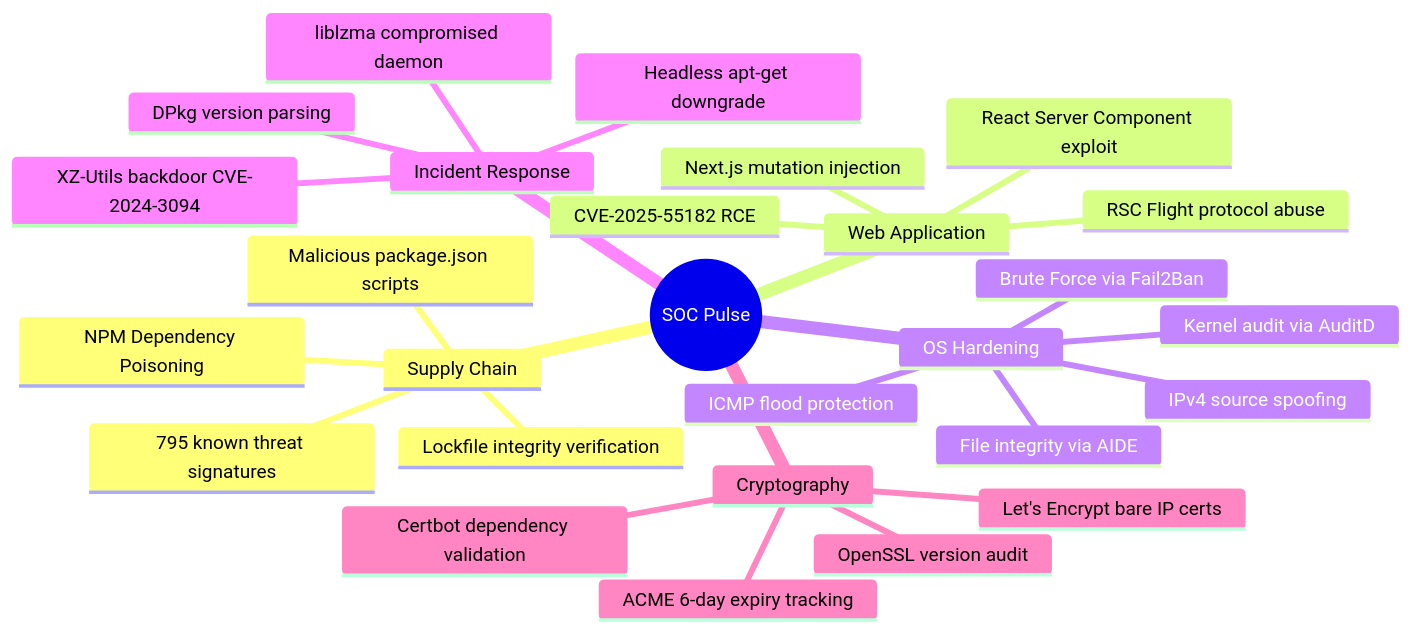
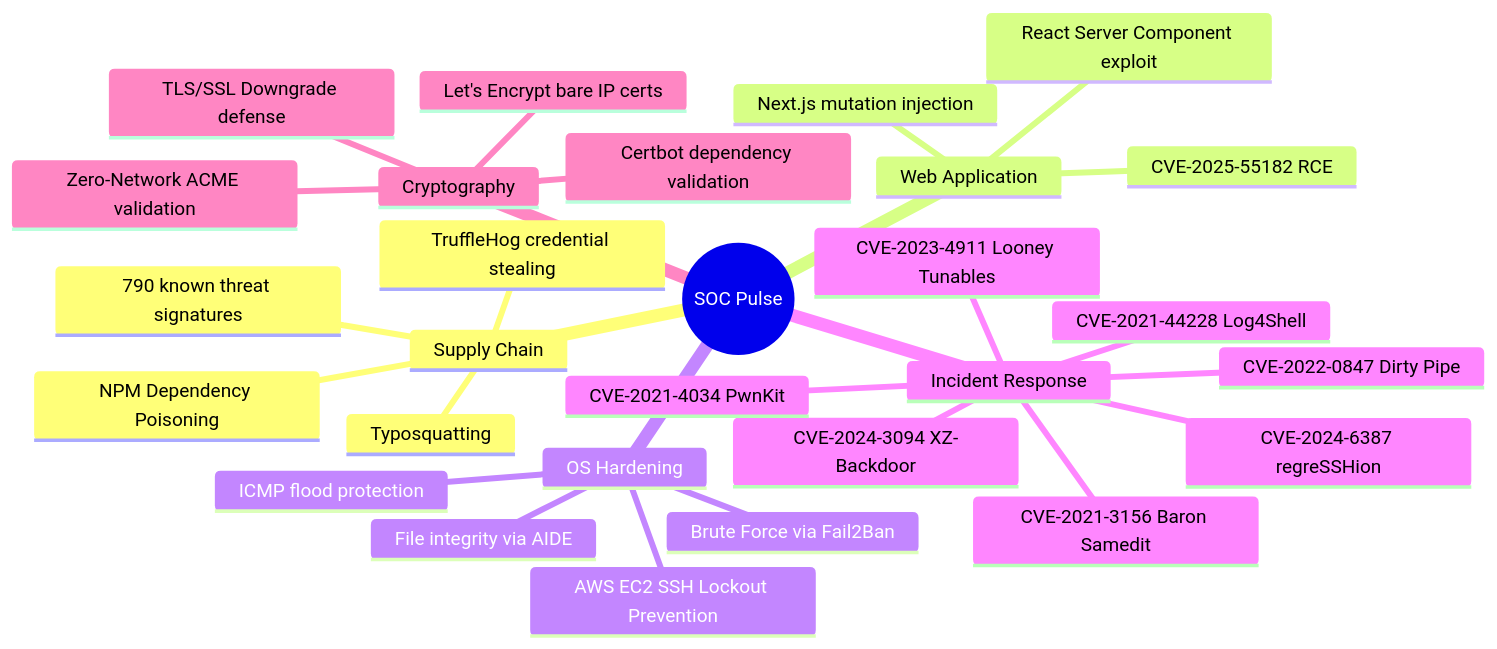
One commit to nextgensoumen/soc-pulse changed the fifth of 5 diagrams in WORKFLOW.md. Above: the diagram before and after it, drawn with Mermaid. The commit also changed other lines of this file, not shown here.

Commit message:
docs: update WORKFLOW.md mermaid diagrams to reflect final production architecture including 7 CVEs, audit.js, and 3-section details layouts

````diff
--- a/WORKFLOW.md
+++ b/WORKFLOW.md
@@ -196,30 +183,31 @@
 ```mermaid
 mindmap
   root((SOC Pulse))
     Supply Chain
       NPM Dependency Poisoning
-      Malicious package.json scripts
-      795 known threat signatures
-      Lockfile integrity verification
+      Typosquatting
+      790 known threat signatures
+      TruffleHog credential stealing
     Web Application
       CVE-2025-55182 RCE
       React Server Component exploit
-      RSC Flight protocol abuse
       Next.js mutation injection
     OS Hardening
       Brute Force via Fail2Ban
       ICMP flood protection
-      IPv4 source spoofing
       File integrity via AIDE
-      Kernel audit via AuditD
+      AWS EC2 SSH Lockout Prevention
     Incident Response
-      XZ-Utils backdoor CVE-2024-3094
-      liblzma compromised daemon
-      Headless apt-get downgrade
-      DPkg version parsing
+      CVE-2024-3094 XZ-Backdoor
+      CVE-2024-6387 regreSSHion
+      CVE-2021-4034 PwnKit
+      CVE-2023-4911 Looney Tunables
+      CVE-2021-3156 Baron Samedit
+      CVE-2022-0847 Dirty Pipe
+      CVE-2021-44228 Log4Shell
     Cryptography
       Let's Encrypt bare IP certs
-      ACME 6-day expiry tracking
+      Zero-Network ACME validation
       Certbot dependency validation
-      OpenSSL version audit
+      TLS/SSL Downgrade defense
 ```
````
